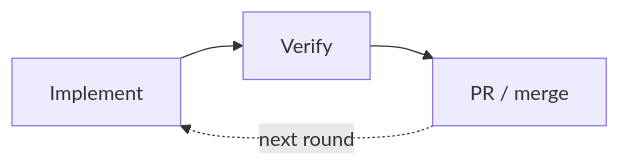
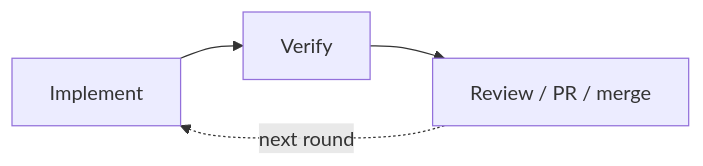
One commit to crestreach/marshal changed the first of 4 diagrams in marshal.md. Above: the diagram before and after it, drawn with Mermaid. The commit also changed other lines of this file and 7 other files, not shown here.

````diff
--- a/marshal.md
+++ b/marshal.md
@@ -272,6 +272,6 @@
 ```mermaid
 flowchart LR
     I[Implement] --> V[Verify]
-    V --> P[PR / merge]
+    V --> P[Review / PR / merge]
     P -. next round .-> I
 ```
````
